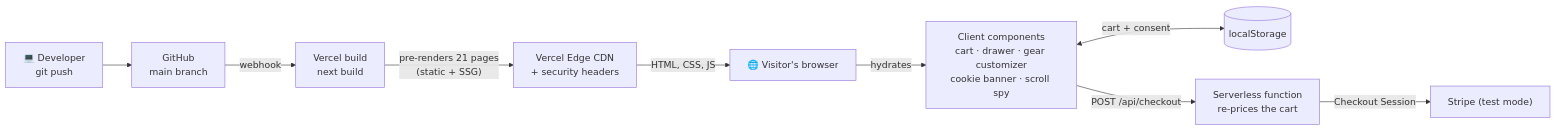
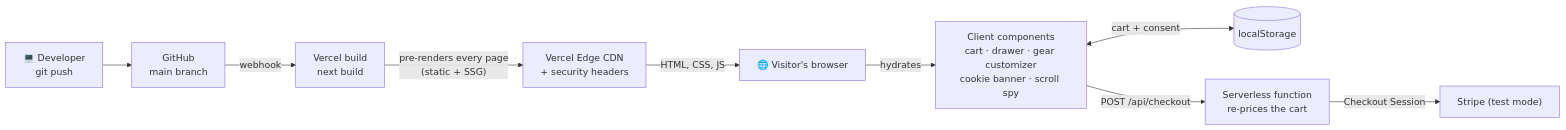
Before and after one commit to AmaanAli1/rep-theory: the first of 5 diagrams in README.md, drawn with Mermaid. The commit also changed other lines of this file and 1 other file, not shown here.

````diff
--- a/README.md
+++ b/README.md
@@ -150,11 +152,11 @@
 ```mermaid
 flowchart LR
     Dev["💻 Developer<br/>git push"] --> GH["GitHub<br/>main branch"]
     GH -->|webhook| Build["Vercel build<br/>next build"]
-    Build -->|"pre-renders 21 pages<br/>(static + SSG)"| CDN["Vercel Edge CDN<br/>+ security headers"]
+    Build -->|"pre-renders every page<br/>(static + SSG)"| CDN["Vercel Edge CDN<br/>+ security headers"]
     CDN -->|HTML, CSS, JS| Browser["🌐 Visitor's browser"]
     Browser -->|hydrates| Client["Client components<br/>cart · drawer · gear customizer<br/>cookie banner · scroll spy"]
     Client <-->|cart + consent| LS[("localStorage")]
     Client -->|"POST /api/checkout"| API["Serverless function<br/>re-prices the cart"]
     API -->|Checkout Session| Stripe["Stripe (test mode)"]
 ```
````
